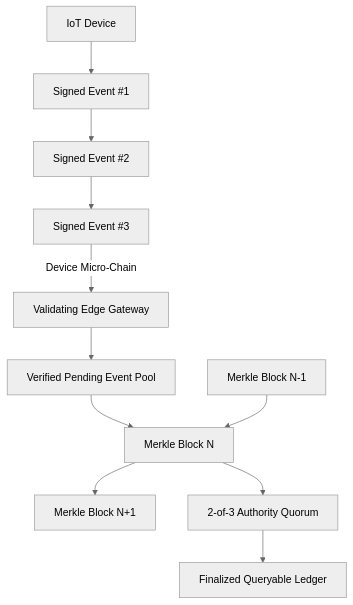
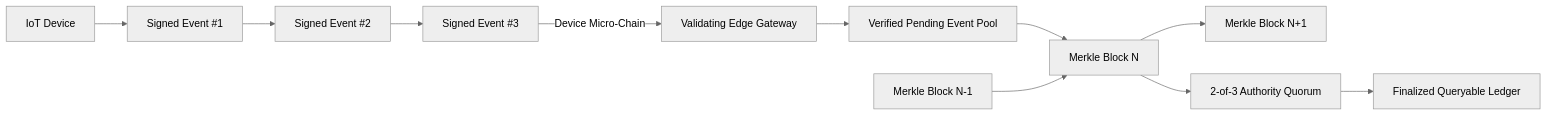
Before and after one commit to vtavakkoli/EdgeChainDB: the diagram in README.md, drawn with Mermaid (neutral theme).

Commit message:
Update flowchart direction in README.md

````diff
--- a/README.md
+++ b/README.md
@@ -35,32 +35,32 @@
 ```mermaid
-flowchart TD
+flowchart LR
     D[IoT Device]
 
     E1[Signed Event #1]
     E2[Signed Event #2]
     E3[Signed Event #3]
 
     G[Validating Edge Gateway]
     P[Verified Pending Event Pool]
 
     B1[Merkle Block N-1]
     B2[Merkle Block N]
     B3[Merkle Block N+1]
 
     Q[2-of-3 Authority Quorum]
     L[Finalized Queryable Ledger]
 
     D --> E1
     E1 --> E2
     E2 --> E3
 
     E3 -->|Device Micro-Chain| G
     G --> P
     P --> B2
 
     B1 --> B2
     B2 --> B3
 
     B2 --> Q
     Q --> L
 ```
````
